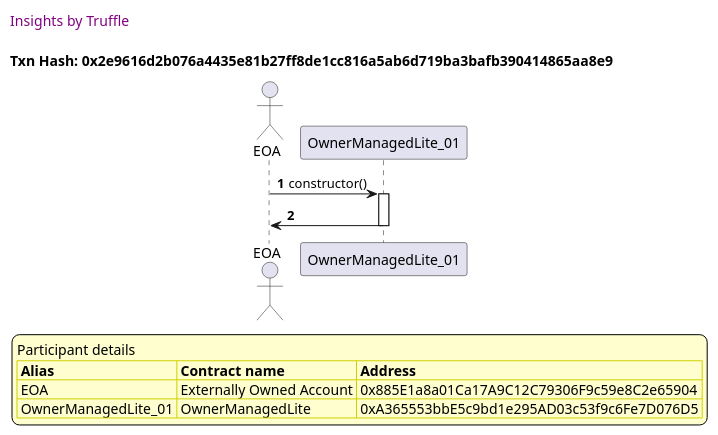
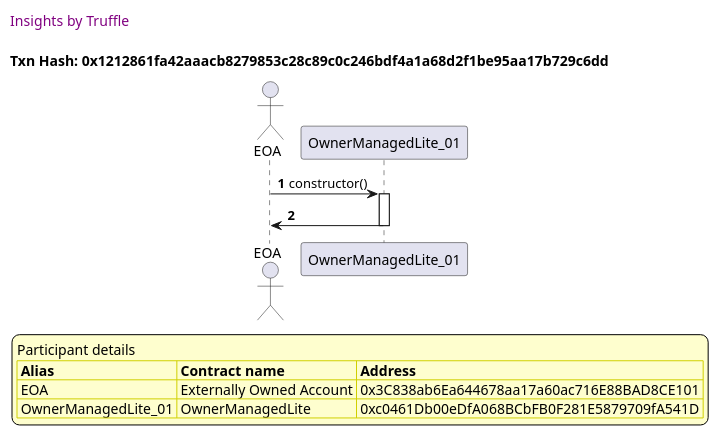
Before and after one commit to thedarkjester/ConsensysAssignment: the seventh of 49 diagrams in truffle-seq/OwnerManagedLite_test_remove_owner.md, drawn with PlantUML. The commit also changed other lines of this file and 13 other files, not shown here.

````diff
--- a/truffle-seq/OwnerManagedLite_test_remove_owner.md
+++ b/truffle-seq/OwnerManagedLite_test_remove_owner.md
@@ -301,37 +301,37 @@
 ```plantuml
 
 
 @startuml
 
 autonumber
 skinparam legendBackgroundColor #FEFECE
 
 <style>
       header {
         HorizontalAlignment left
         FontColor purple
         FontSize 14
         Padding 10
       }
     </style>
 
 header Insights by Truffle
 
-title Txn Hash: 0x2e9616d2b076a4435e81b27ff8de1cc816a5ab6d719ba3bafb390414865aa8e9
+title Txn Hash: 0x1212861fa42aaacb8279853c28c89c0c246bdf4a1a68d2f1be95aa17b729c6dd
 
 
 actor EOA as "EOA"
 participant OwnerManagedLite_01 as "OwnerManagedLite_01"
 
 "EOA" -> "OwnerManagedLite_01" ++: constructor()
 "OwnerManagedLite_01" -> "EOA" --: 
 
 legend
 Participant details
 <#FEFECE,#D0D000>|= Alias |= Contract name |= Address |
-<#FEFECE>| EOA | Externally Owned Account | 0x885E1a8a01Ca17A9C12C79306F9c59e8C2e65904 |
-<#FEFECE>| OwnerManagedLite_01 | OwnerManagedLite | 0xA365553bbE5c9bd1e295AD03c53f9c6Fe7D076D5 |
+<#FEFECE>| EOA | Externally Owned Account | 0x3C838ab6Ea644678aa17a60ac716E88BAD8CE101 |
+<#FEFECE>| OwnerManagedLite_01 | OwnerManagedLite | 0xc0461Db00eDfA068BCbFB0F281E5879709fA541D |
 endlegend
 
 @enduml
 ```
````
